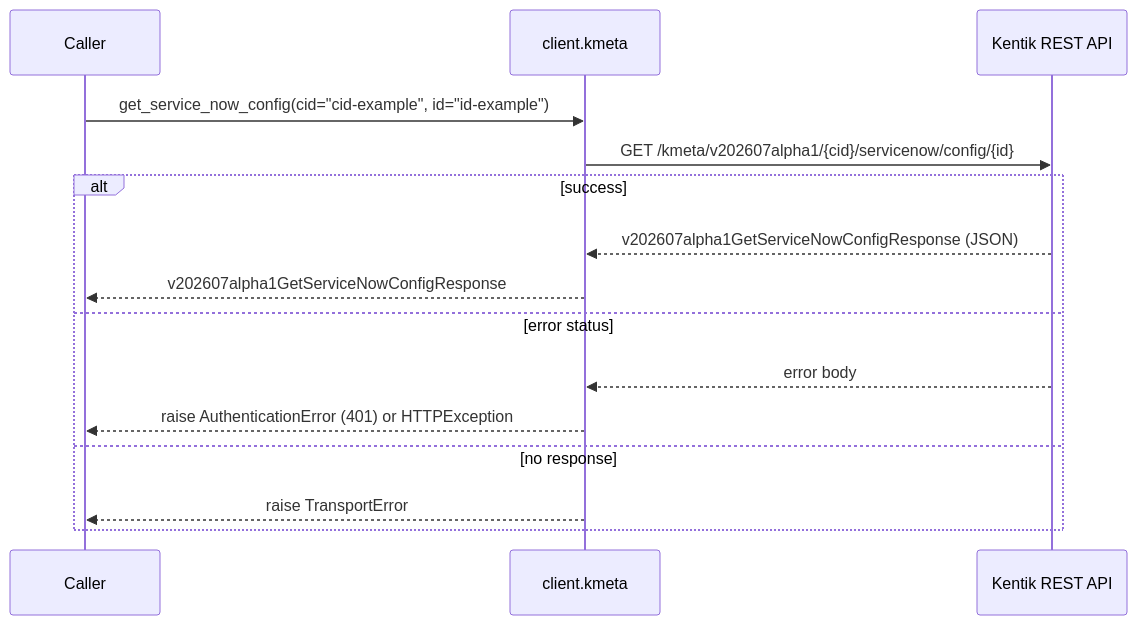
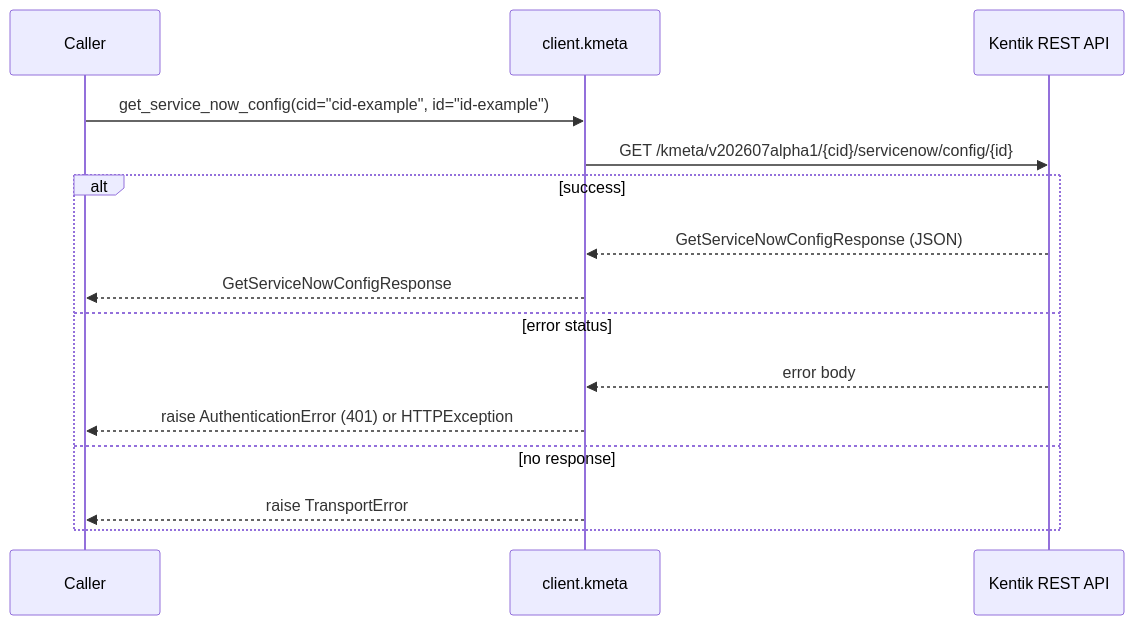
Before and after one commit to alexdearaujo/community_sdk_python: the sixth of 12 diagrams in docs/sphinx/services/kmeta.md, drawn with Mermaid. The commit also changed other lines of this file and 38 other files, not shown here.

````diff
--- a/docs/sphinx/services/kmeta.md
+++ b/docs/sphinx/services/kmeta.md
@@ -192,18 +192,18 @@
 ```mermaid
 sequenceDiagram
     participant C as Caller
     participant W as client.kmeta
     participant API as Kentik REST API
 
     C->>W: get_service_now_config(cid="cid-example", id="id-example")
     W->>API: GET /kmeta/v202607alpha1/{cid}/servicenow/config/{id}
     alt success
-        API-->>W: v202607alpha1GetServiceNowConfigResponse (JSON)
-        W-->>C: v202607alpha1GetServiceNowConfigResponse
+        API-->>W: GetServiceNowConfigResponse (JSON)
+        W-->>C: GetServiceNowConfigResponse
     else error status
         API-->>W: error body
         W-->>C: raise AuthenticationError (401) or HTTPException
     else no response
         W-->>C: raise TransportError
     end
 ```
````
